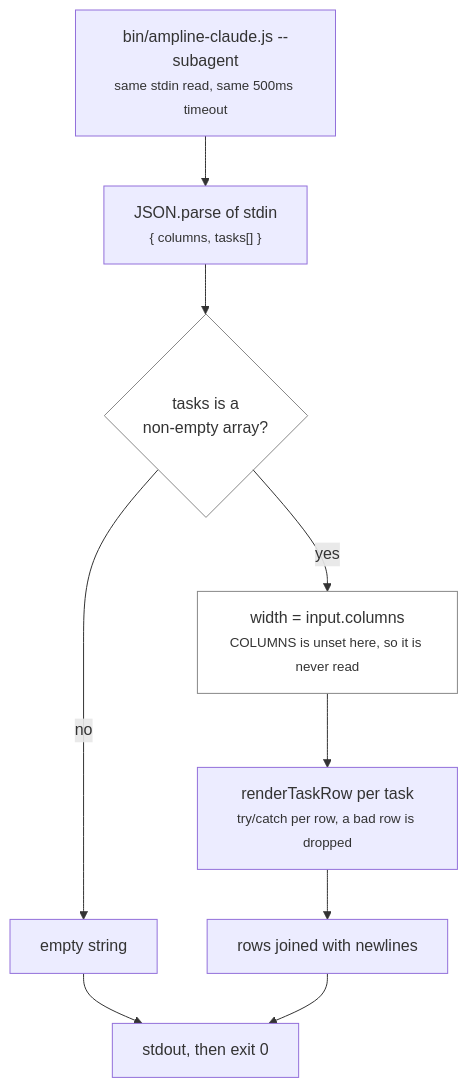
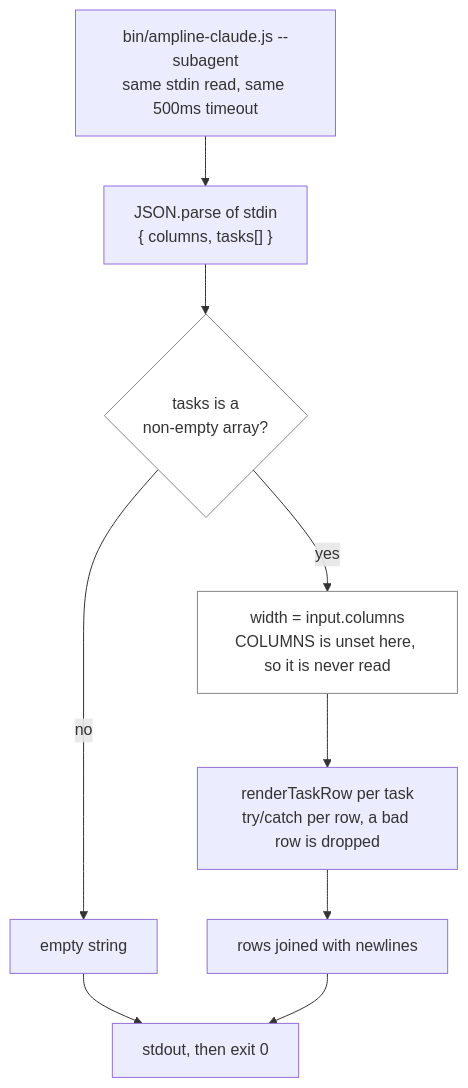
The second of 2 diagrams in diagrams/render-sequence.md (carterptull/ampline-claude), drawn with Mermaid before and after one commit. The commit also changed 6 other files, not shown here.

Commit message:
docs: remove small tags from all diagrams and note why in the syntax rules

````diff
--- a/diagrams/render-sequence.md
+++ b/diagrams/render-sequence.md
@@ -66,18 +66,18 @@
 ```mermaid
 flowchart TB
-    start["bin/ampline-claude.js --subagent<br/><small>same stdin read, same 500ms timeout</small>"]
-    parse["JSON.parse of stdin<br/><small>{ columns, tasks[] }</small>"]
+    start["bin/ampline-claude.js --subagent<br/>same stdin read, same 500ms timeout"]
+    parse["JSON.parse of stdin<br/>{ columns, tasks[] }"]
     check{"tasks is a<br/>non-empty array?"}
     empty["empty string"]
-    width["width = input.columns<br/><small>COLUMNS is unset here, so it is never read</small>"]
-    row["renderTaskRow per task<br/><small>try/catch per row, a bad row is dropped</small>"]
+    width["width = input.columns<br/>COLUMNS is unset here, so it is never read"]
+    row["renderTaskRow per task<br/>try/catch per row, a bad row is dropped"]
     join["rows joined with newlines"]
     out["stdout, then exit 0"]
 
     start --> parse --> check
     check -->|no| empty --> out
     check -->|yes| width --> row --> join --> out
 
     style check fill:transparent,stroke:#888
     style width fill:transparent,stroke:#888
 ```
````
